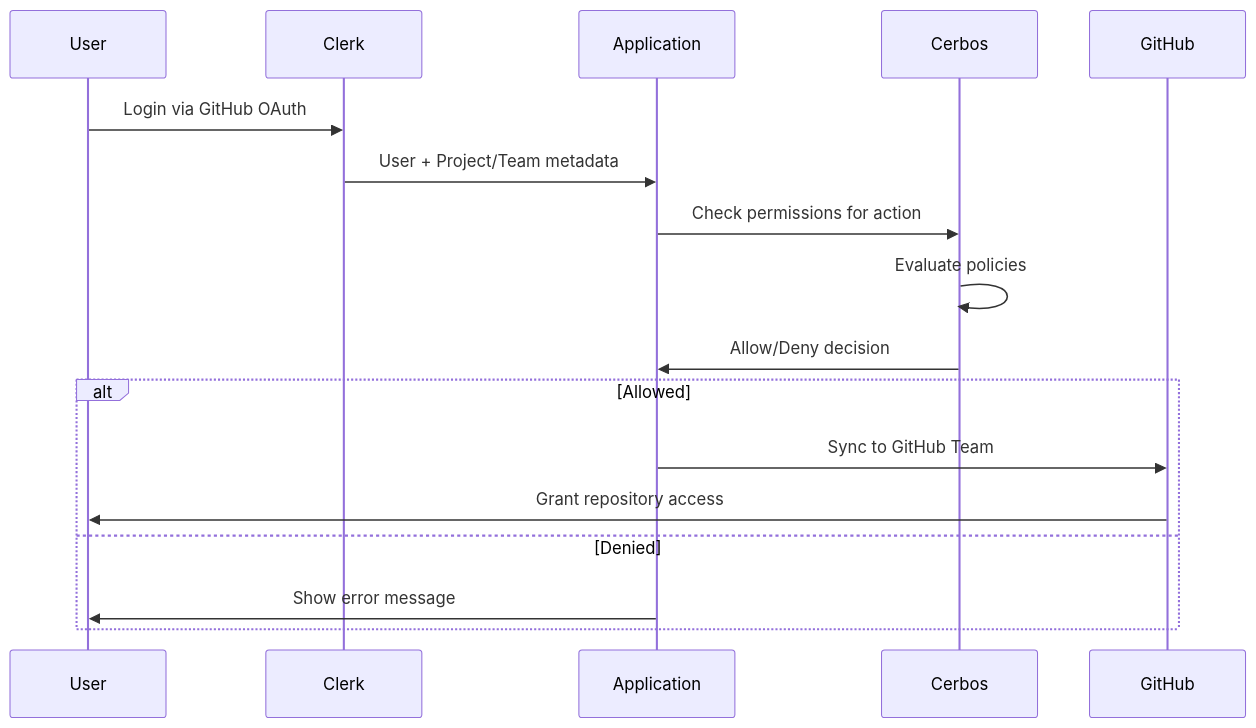
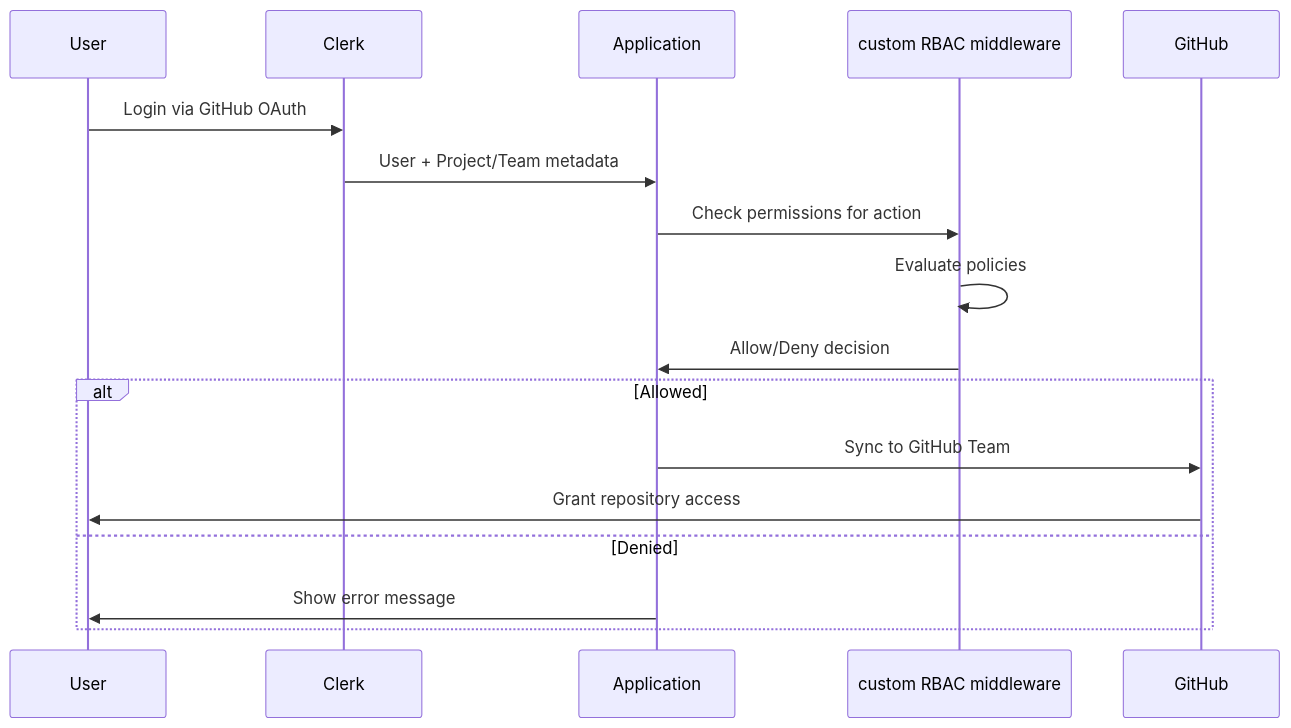
The third of 3 diagrams in system-design-docs/09-collaboration-architecture.md (iflastandards/platform), drawn with Mermaid before and after one commit. The commit also changed other lines of this file and 46 other files, not shown here.

````diff
--- a/system-design-docs/09-collaboration-architecture.md
+++ b/system-design-docs/09-collaboration-architecture.md
@@ -292,21 +292,21 @@
 ```mermaid
 sequenceDiagram
     participant U as User
     participant C as Clerk
     participant A as Application
-    participant CB as Cerbos
+    participant CB as custom RBAC middleware
     participant GH as GitHub
     
     U->>C: Login via GitHub OAuth
     C->>A: User + Project/Team metadata
     A->>CB: Check permissions for action
     CB->>CB: Evaluate policies
     CB->>A: Allow/Deny decision
     
     alt Allowed
         A->>GH: Sync to GitHub Team
         GH->>U: Grant repository access
     else Denied
         A->>U: Show error message
     end
 ```
````
